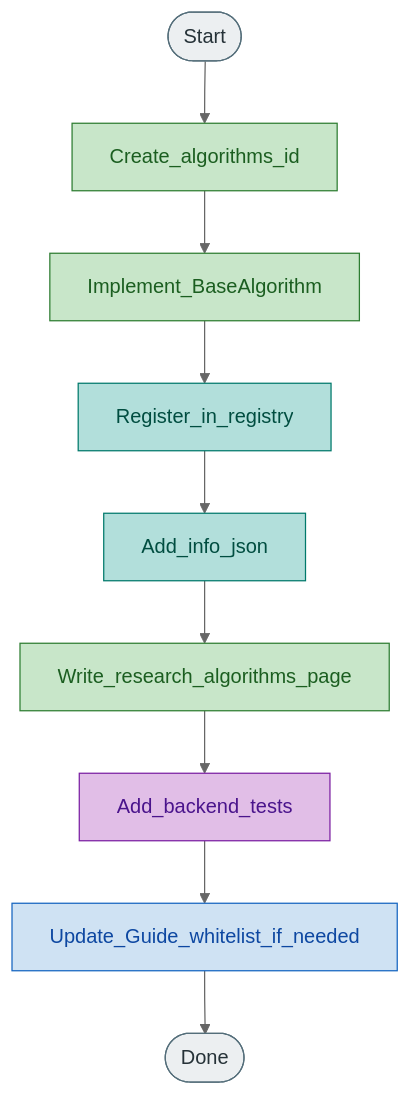
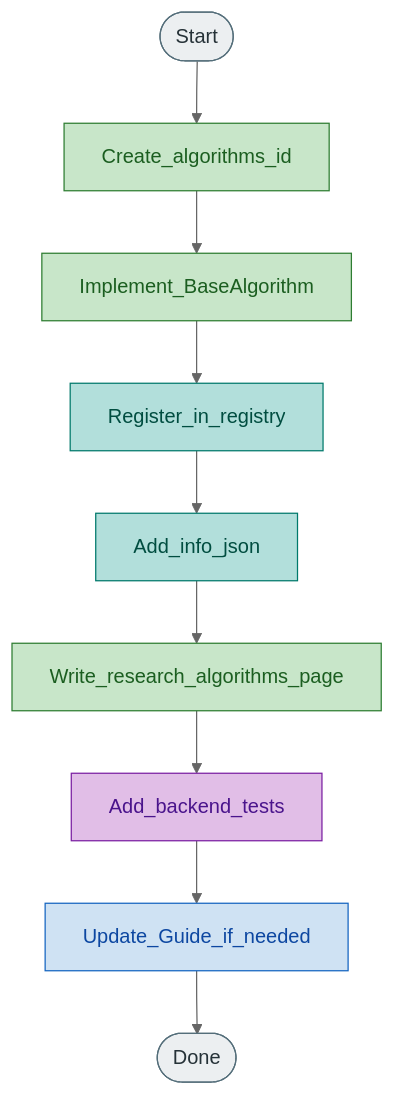
Before and after one commit to lykimq/HerdSim: the diagram in docs/developer/contributing.md, drawn with Mermaid (neutral theme). The commit also changed other lines of this file and 4 other files, not shown here.

````diff
--- a/docs/developer/contributing.md
+++ b/docs/developer/contributing.md
@@ -12,26 +12,26 @@
 ```mermaid
 flowchart TD
   startNode([Start])
   pkg[Create_algorithms_id]
   impl[Implement_BaseAlgorithm]
   reg[Register_in_registry]
   info[Add_info_json]
   docs[Write_research_algorithms_page]
   tests[Add_backend_tests]
-  guide[Update_Guide_whitelist_if_needed]
+  guide[Update_Guide_if_needed]
   endNode([Done])
 
   startNode --> pkg --> impl --> reg --> info --> docs --> tests --> guide --> endNode
 
   classDef domain fill:#c8e6c9,stroke:#2e7d32,color:#1b5e20
   classDef wiring fill:#b2dfdb,stroke:#00796b,color:#004d40
   classDef shared fill:#e1bee7,stroke:#7b1fa2,color:#4a148c
   classDef ui fill:#cfe2f3,stroke:#1565c0,color:#0d47a1
   classDef start fill:#eceff1,stroke:#546e7a,color:#263238
 
   class startNode,endNode start
   class pkg,impl,docs domain
   class reg,info wiring
   class tests shared
   class guide ui
 ```
````
